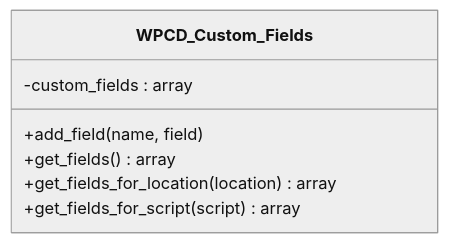
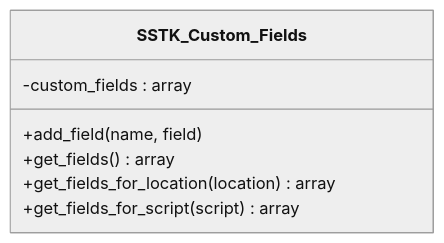
The fifth of 8 diagrams in .qoder/repowiki/en/content/Core Components/Settings Management System.md (onedogsolutions/simple-stack), drawn with Mermaid (neutral theme) before and after one commit. The commit also changed other lines of this file and 5941 other files, not shown here.

````diff
--- a/.qoder/repowiki/en/content/Core Components/Settings Management System.md
+++ b/.qoder/repowiki/en/content/Core Components/Settings Management System.md
@@ -216,10 +216,10 @@
 ```mermaid
 classDiagram
-class WPCD_Custom_Fields {
+class SSTK_Custom_Fields {
 -custom_fields : array
 +add_field(name, field)
 +get_fields() array
 +get_fields_for_location(location) array
 +get_fields_for_script(script) array
 }
 ```
````
